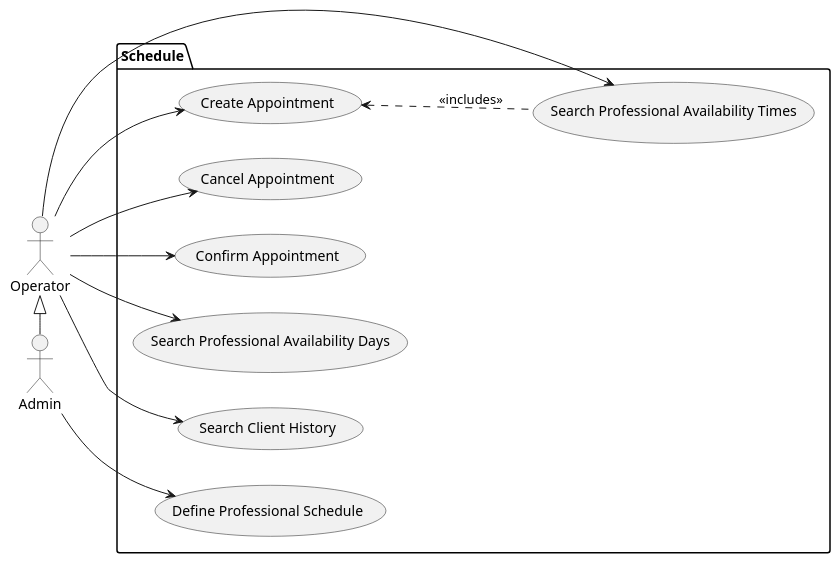
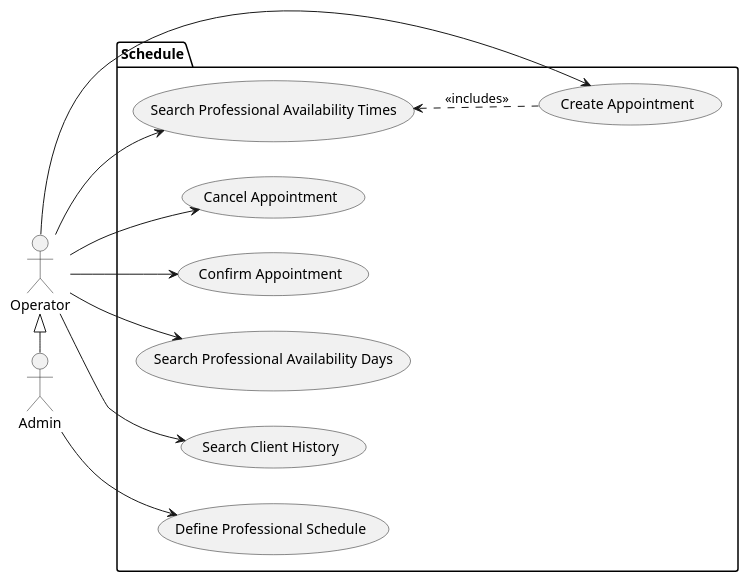
One commit to glaucotodesco/bootcamp-agenda changed the diagram in docs/use-cases.puml. Above: the diagram before and after it, drawn with PlantUML. The commit also changed 3 other files, not shown here.

```diff
--- a/docs/use-cases.puml
+++ b/docs/use-cases.puml
@@ -1,23 +1,23 @@
 @startuml "use-cases"
 left to right direction
 actor Operator as o
 actor Admin as a
 package Schedule{
   usecase "Create Appointment" as UC1
   usecase "Cancel Appointment" as UC2
   usecase "Confirm Appointment" as UC3
   usecase "Define Professional Schedule" as UC4
   usecase "Search Professional Availability Days" as UC5
   usecase "Search Professional Availability Times" as UC6
   usecase "Search Client History" as UC7
 }
 o <|-right- a
 o --> UC1
 o --> UC2
 o --> UC3
 o --> UC7
 o --> UC5
 o --> UC6
 a --> UC4
-(UC6) .up.> (UC1) : <<includes>>
+(UC1) .up.> (UC6) : <<includes>>
 @enduml
```
